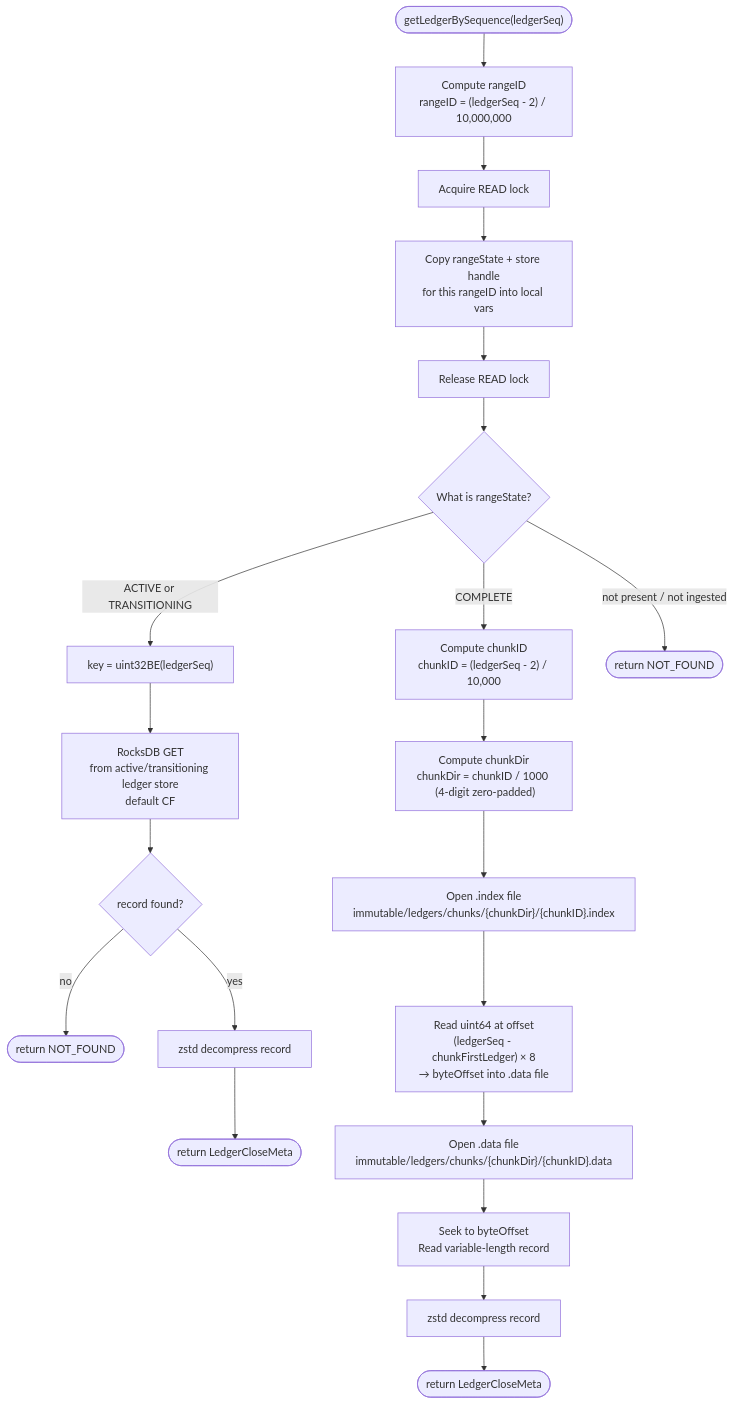
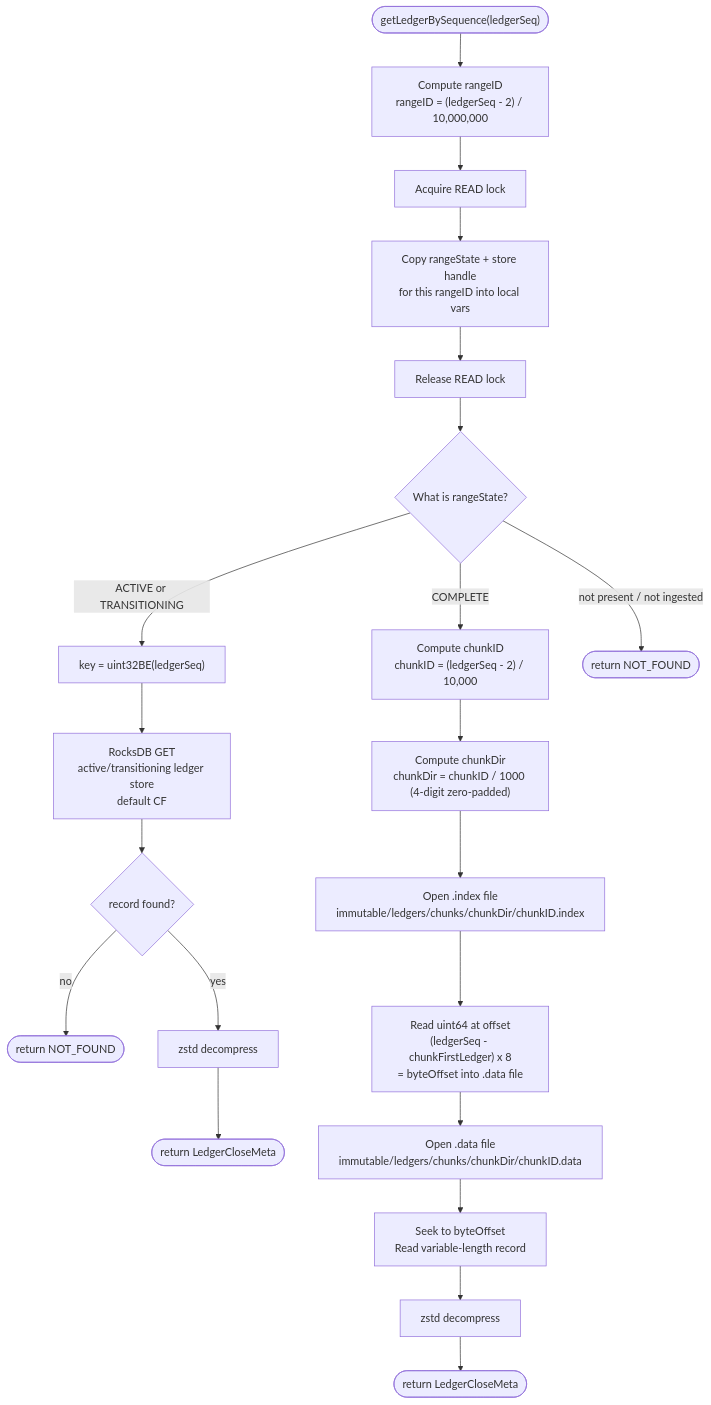
The third of 7 diagrams in design-docs-v2/08-query-routing.md (karthikiyer56/stellar-full-history-ingestion), drawn with Mermaid before and after one commit. The commit also changed other lines of this file, not shown here.

Commit message:
fix: replace \n with <br/> in mermaid nodes, split getTransactionByHash into 4 stage diagrams

````diff
--- a/design-docs-v2/08-query-routing.md
+++ b/design-docs-v2/08-query-routing.md
@@ -482,27 +466,27 @@
 ```mermaid
 flowchart TD
     IN(["getLedgerBySequence(ledgerSeq)"])
-    IN --> RANGE["Compute rangeID\nrangeID = (ledgerSeq - 2) / 10,000,000"]
+    IN --> RANGE["Compute rangeID<br/>rangeID = (ledgerSeq - 2) / 10,000,000"]
     RANGE --> RLOCK["Acquire READ lock"]
-    RLOCK --> SNAP["Copy rangeState + store handle\nfor this rangeID into local vars"]
+    RLOCK --> SNAP["Copy rangeState + store handle<br/>for this rangeID into local vars"]
     SNAP --> RUNLOCK["Release READ lock"]
     RUNLOCK --> SW{"What is rangeState?"}
 
     SW -->|"ACTIVE or TRANSITIONING"| KEY["key = uint32BE(ledgerSeq)"]
-    KEY --> RDB["RocksDB GET\nfrom active/transitioning ledger store\ndefault CF"]
+    KEY --> RDB["RocksDB GET<br/>active/transitioning ledger store<br/>default CF"]
     RDB --> FOUND1{"record found?"}
     FOUND1 -->|no| NF1(["return NOT_FOUND"])
-    FOUND1 -->|yes| DEC1["zstd decompress record"]
+    FOUND1 -->|yes| DEC1["zstd decompress"]
     DEC1 --> RET1(["return LedgerCloseMeta"])
 
-    SW -->|"COMPLETE"| CID["Compute chunkID\nchunkID = (ledgerSeq - 2) / 10,000"]
-    CID --> CDIR["Compute chunkDir\nchunkDir = chunkID / 1000  (4-digit zero-padded)"]
-    CDIR --> IDX["Open .index file\nimmutable/ledgers/chunks/{chunkDir}/{chunkID}.index"]
-    IDX --> OFF["Read uint64 at offset\n(ledgerSeq - chunkFirstLedger) × 8\n→ byteOffset into .data file"]
-    OFF --> DAT["Open .data file\nimmutable/ledgers/chunks/{chunkDir}/{chunkID}.data"]
-    DAT --> SEEK["Seek to byteOffset\nRead variable-length record"]
-    SEEK --> DEC2["zstd decompress record"]
+    SW -->|"COMPLETE"| CID["Compute chunkID<br/>chunkID = (ledgerSeq - 2) / 10,000"]
+    CID --> CDIR["Compute chunkDir<br/>chunkDir = chunkID / 1000 (4-digit zero-padded)"]
+    CDIR --> IDX["Open .index file<br/>immutable/ledgers/chunks/chunkDir/chunkID.index"]
+    IDX --> OFF["Read uint64 at offset<br/>(ledgerSeq - chunkFirstLedger) x 8<br/>= byteOffset into .data file"]
+    OFF --> DAT["Open .data file<br/>immutable/ledgers/chunks/chunkDir/chunkID.data"]
+    DAT --> SEEK["Seek to byteOffset<br/>Read variable-length record"]
+    SEEK --> DEC2["zstd decompress"]
     DEC2 --> RET2(["return LedgerCloseMeta"])
 
     SW -->|"not present / not ingested"| NF2(["return NOT_FOUND"])
 ```
````
